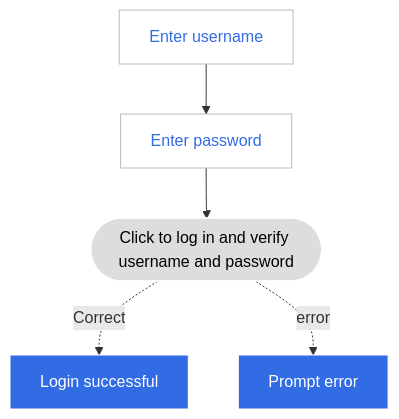
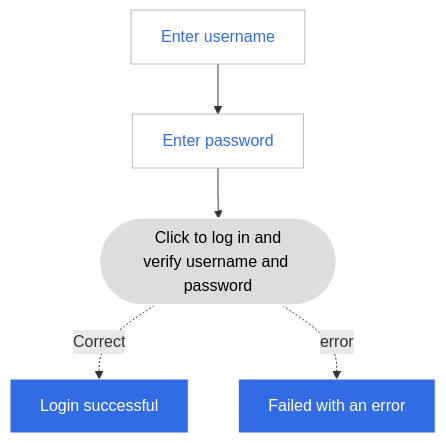
Before and after one commit to DaoCloud/DaoCloud-docs: the diagram in docs/en/docs/ghippo/04UserGuide/00Login.md, drawn with Mermaid. The commit also changed other lines of this file and 50 other files, not shown here.

````diff
--- a/docs/en/docs/ghippo/04UserGuide/00Login.md
+++ b/docs/en/docs/ghippo/04UserGuide/00Login.md
@@ -20,15 +20,15 @@
 ```mermaid
 graph TB
 
-user[Enter username] --> pass[Enter password] --> judge([Click to log in and verify username and password])
+user[Enter username] --> pass[Enter password] --> judge([Click to log in and<br>verify username and password])
 judge -.Correct.->success[Login successful]
-judge -.error.->fail[Prompt error]
+judge -.error.->fail[Failed with an error]
 
 classDef plain fill:#ddd,stroke:#fff,stroke-width:1px,color:#000;
 classDef k8s fill:#326ce5,stroke:#fff,stroke-width:1px,color:#fff;
 classDef cluster fill:#fff,stroke:#bbb,stroke-width:1px,color:#326ce5;
 
 class user,pass cluster;
 class judge plain
 class success,fail k8s
 ```
````
